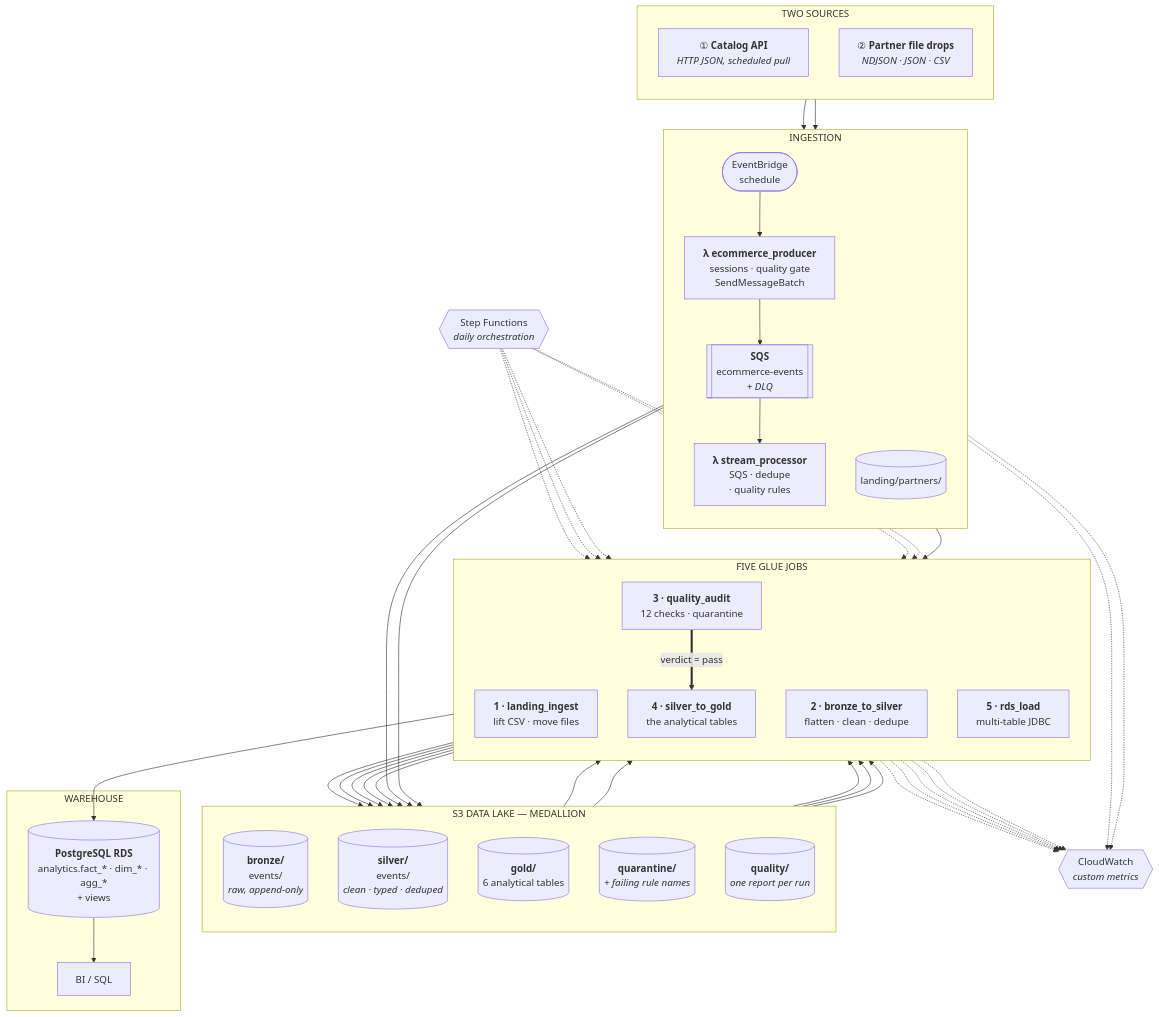
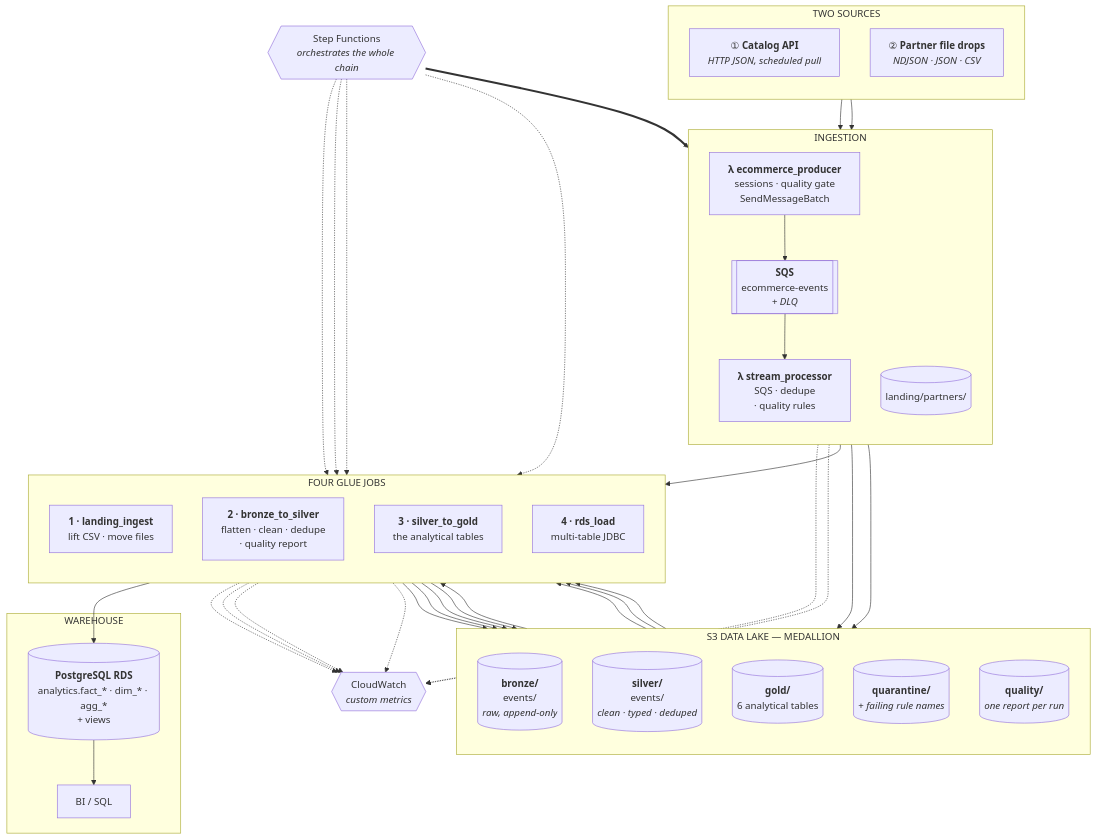
One commit to mohamedamine050/aws_data_eng_project changed the first of 5 diagrams in README.md. Above: the diagram before and after it, drawn with Mermaid. The commit also changed other lines of this file and 22 other files, not shown here.

````diff
--- a/README.md
+++ b/README.md
@@ -18,63 +18,58 @@
 ```mermaid
 flowchart TB
     subgraph SRC["TWO SOURCES"]
         direction TB
         S1["① <b>Catalog API</b><br/><i>HTTP JSON, scheduled pull</i>"]
         S2["② <b>Partner file drops</b><br/><i>NDJSON · JSON · CSV</i>"]
     end
 
     subgraph ING["INGESTION"]
         direction TB
-        EB(["EventBridge<br/>schedule"])
         L1["<b>λ ecommerce_producer</b><br/>sessions · quality gate<br/>SendMessageBatch"]
         Q[["<b>SQS</b><br/>ecommerce-events<br/><i>+ DLQ</i>"]]
         L2["<b>λ stream_processor</b><br/>SQS · dedupe<br/>· quality rules"]
         LAND[("landing/partners/")]
     end
 
     subgraph LAKE["S3 DATA LAKE — MEDALLION"]
         direction TB
         BRZ[("<b>bronze/</b><br/>events/<br/><i>raw, append-only</i>")]
         SLV[("<b>silver/</b><br/>events/<br/><i>clean · typed · deduped</i>")]
         GLD[("<b>gold/</b><br/>6 analytical tables")]
         QAR[("<b>quarantine/</b><br/><i>+ failing rule names</i>")]
         QLT[("<b>quality/</b><br/><i>one report per run</i>")]
     end
 
-    subgraph GLUE["FIVE GLUE JOBS"]
+    subgraph GLUE["FOUR GLUE JOBS"]
         direction TB
         J0["<b>1 · landing_ingest</b><br/>lift CSV · move files"]
-        J1["<b>2 · bronze_to_silver</b><br/>flatten · clean · dedupe"]
-        J2["<b>3 · quality_audit</b><br/>12 checks · quarantine"]
-        J3["<b>4 · silver_to_gold</b><br/>the analytical tables"]
-        J4["<b>5 · rds_load</b><br/>multi-table JDBC"]
+        J1["<b>2 · bronze_to_silver</b><br/>flatten · clean · dedupe<br/>· quality report"]
+        J3["<b>3 · silver_to_gold</b><br/>the analytical tables"]
+        J4["<b>4 · rds_load</b><br/>multi-table JDBC"]
     end
 
     subgraph WH["WAREHOUSE"]
         PG[("<b>PostgreSQL RDS</b><br/>analytics.fact_* · dim_* · agg_*<br/>+ views")]
         BI["BI / SQL"]
     end
 
-    SF{{"Step Functions<br/><i>daily orchestration</i>"}}
+    SF{{"Step Functions<br/><i>orchestrates the whole chain</i>"}}
     CW{{"CloudWatch<br/><i>custom metrics</i>"}}
 
-    EB --> L1
+    SF ==> L1
     S1 --> L1
     L1 --> Q --> L2
     S2 --> LAND
     L2 --> BRZ
     L2 --> QAR
 
     LAND --> J0 --> BRZ
     BRZ --> J1 --> SLV
-    SLV --> J2
-    J2 --> QLT
-    J2 --> QAR
-    J2 ==>|"verdict = pass"| J3
+    J1 --> QLT
     SLV --> J3 --> GLD
     SLV --> J4
     GLD --> J4 --> PG --> BI
 
-    SF -.-> J0 & J1 & J2 & J3 & J4
-    L1 & L2 & J0 & J1 & J2 & J3 & J4 -.-> CW
+    SF -.-> J0 & J1 & J3 & J4
+    L1 & L2 & J0 & J1 & J3 & J4 -.-> CW
 ```
````
